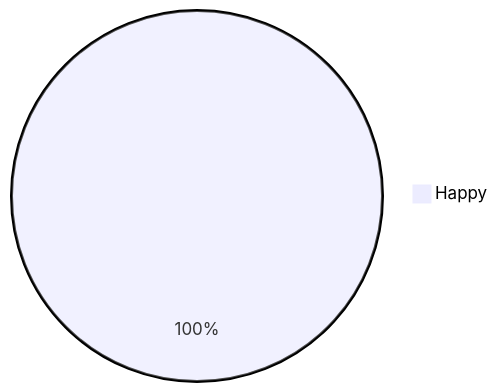
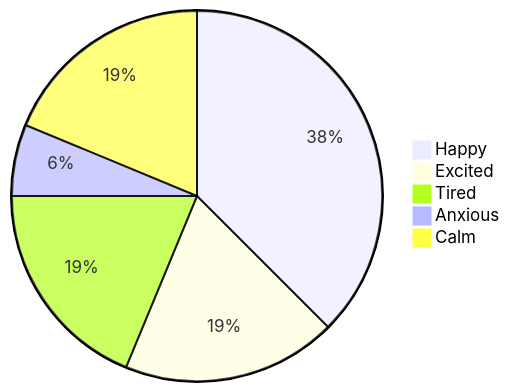
One commit to S4-Smart-mobile/S4-Smart-Mobile changed the tenth of 17 diagrams in documentation/interviews-surveys/mood-mental-health-survey-V2.md. Above: the diagram before and after it, drawn with Mermaid. The commit also changed other lines of this file, not shown here.

````diff
--- a/documentation/interviews-surveys/mood-mental-health-survey-V2.md
+++ b/documentation/interviews-surveys/mood-mental-health-survey-V2.md
@@ -159,4 +194,8 @@
 ```mermaid
 pie
-"Happy": 2
+"Happy": 6
+"Excited": 3
+"Tired": 3
+"Anxious": 1
+"Calm": 3
 ```
````
